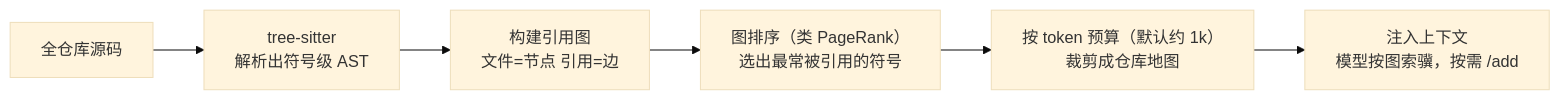
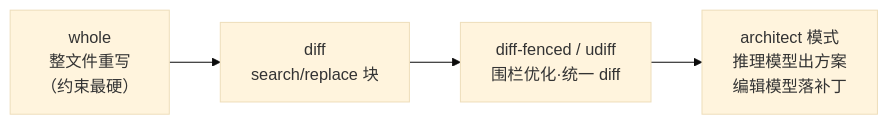
One commit to chongyi/deep-dive-agents changed the second of 2 diagrams in src/part2/ch16-gemini-cli-and-aider.md. Above: the diagram before and after it, drawn with Mermaid (base theme). The commit also changed other lines of this file and 8 other files, not shown here.

````diff
--- a/src/part2/ch16-gemini-cli-and-aider.md
+++ b/src/part2/ch16-gemini-cli-and-aider.md
@@ -42,8 +45,6 @@
 ```mermaid
 flowchart LR
-    a["全仓库源码"] --> b["tree-sitter<br/>解析出符号级 AST"]
-    b --> c["构建引用图<br/>文件=节点 引用=边"]
-    c --> d["图排序（类 PageRank）<br/>选出最常被引用的符号"]
-    d --> e["按 token 预算（默认约 1k）<br/>裁剪成仓库地图"]
-    e --> f["注入上下文<br/>模型按图索骥，按需 /add"]
+    a["whole<br/>整文件重写<br/>（约束最硬）"] --> b["diff<br/>search/replace 块"]
+    b --> c["diff-fenced / udiff<br/>围栏优化·统一 diff"]
+    c --> d["architect 模式<br/>推理模型出方案<br/>编辑模型落补丁"]
 ```
````
